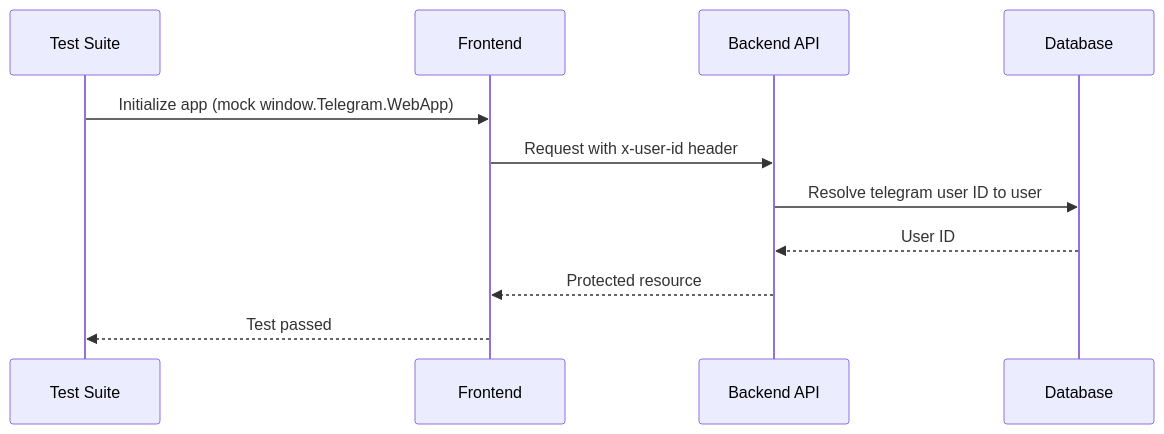
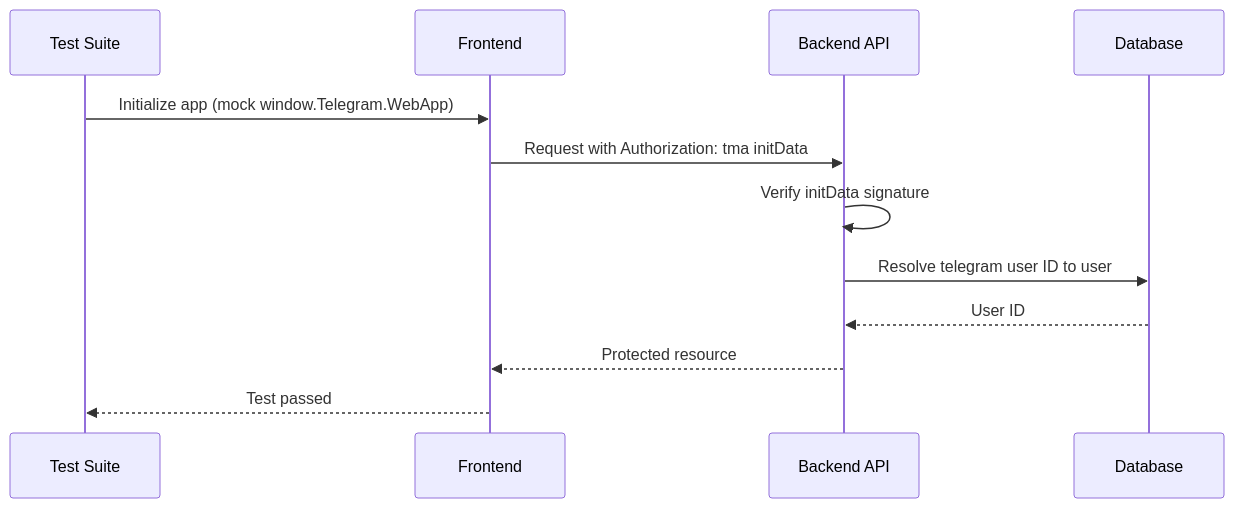
One commit to gofrolist/calorie-track-ai-bot-api changed the fourth of 7 diagrams in docs/INTEGRATION_TESTING.md. Above: the diagram before and after it, drawn with Mermaid. The commit also changed other lines of this file and 7 other files, not shown here.

First line of the commit message:
docs: document Telegram initData authentication and rollout

````diff
--- a/docs/INTEGRATION_TESTING.md
+++ b/docs/INTEGRATION_TESTING.md
@@ -152,14 +153,15 @@
 ```mermaid
 sequenceDiagram
     participant TEST as Test Suite
     participant FE as Frontend
     participant API as Backend API
     participant DB as Database
 
     TEST->>FE: Initialize app (mock window.Telegram.WebApp)
-    FE->>API: Request with x-user-id header
+    FE->>API: Request with Authorization: tma initData
+    API->>API: Verify initData signature
     API->>DB: Resolve telegram user ID to user
     DB-->>API: User ID
     API-->>FE: Protected resource
     FE-->>TEST: Test passed
 ```
````
